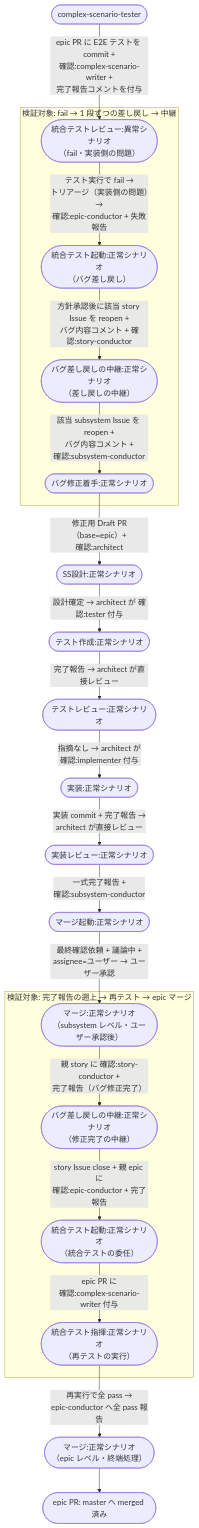
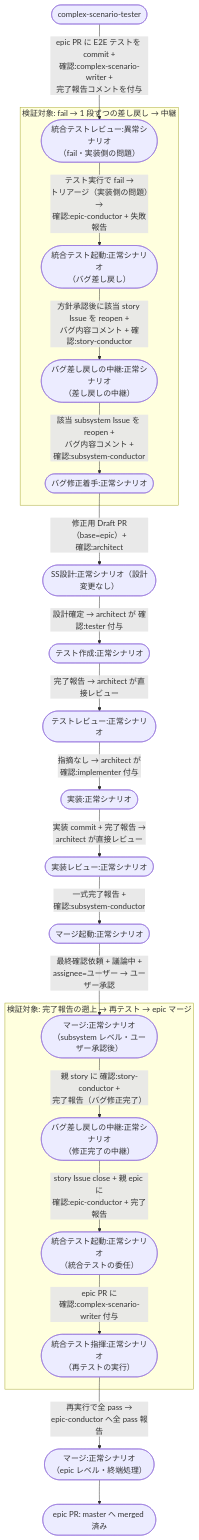
One commit to shuhei1101/ai-monitor changed the diagram in docs/wiki/設計図/シナリオ/複合ユースケース/epic統合テスト失敗からのバグ修正.md. Above: the diagram before and after it, drawn with Mermaid. The commit also changed 75 other files, not shown here.

````diff
--- a/docs/wiki/設計図/シナリオ/複合ユースケース/epic統合テスト失敗からのバグ修正.md
+++ b/docs/wiki/設計図/シナリオ/複合ユースケース/epic統合テスト失敗からのバグ修正.md
@@ -30,43 +30,43 @@
 ```mermaid
 flowchart TD
   A0([complex-scenario-tester]) -->|epic PR に E2E テストを commit +<br>確認:complex-scenario-writer +<br>完了報告コメントを付与| UC1
 
   subgraph FOCUS1["検証対象: fail → 1 段ずつの差し戻し → 中継"]
     UC1([統合テストレビュー:異常シナリオ<br>（fail・実装側の問題）]) -->|テスト実行で fail →<br>トリアージ（実装側の問題）→<br>確認:epic-conductor + 失敗報告| UC3([統合テスト起動:正常シナリオ<br>（バグ差し戻し）])
     UC3 -->|方針承認後に該当 story Issue を reopen +<br>バグ内容コメント + 確認:story-conductor| UC4([バグ差し戻しの中継:正常シナリオ<br>（差し戻しの中継）])
     UC4 -->|該当 subsystem Issue を reopen +<br>バグ内容コメント +<br>確認:subsystem-conductor| UC5([バグ修正着手:正常シナリオ])
   end
 
-  UC5 -->|修正用 Draft PR（base=epic）+<br>確認:architect| UC6([SS設計:正常シナリオ])
+  UC5 -->|修正用 Draft PR（base=epic）+<br>確認:architect| UC6([SS設計:正常シナリオ（設計変更なし）])
   UC6 -->|設計確定 → architect が 確認:tester 付与| UC7([テスト作成:正常シナリオ])
   UC7 -->|完了報告 → architect が直接レビュー| UC8([テストレビュー:正常シナリオ])
   UC8 -->|指摘なし → architect が<br>確認:implementer 付与| UC9([実装:正常シナリオ])
   UC9 -->|実装 commit + 完了報告 →<br>architect が直接レビュー| UC10([実装レビュー:正常シナリオ])
   UC10 -->|一式完了報告 +<br>確認:subsystem-conductor| UC11([マージ起動:正常シナリオ])
   UC11 -->|最終確認依頼 + 議論中 +<br>assignee=ユーザー → ユーザー承認| UC12([マージ:正常シナリオ<br>（subsystem レベル・ユーザー承認後）])
 
   subgraph FOCUS2["検証対象: 完了報告の遡上 → 再テスト → epic マージ"]
     UC12 -->|親 story に 確認:story-conductor +<br>完了報告（バグ修正完了）| UC13([バグ差し戻しの中継:正常シナリオ<br>（修正完了の中継）])
     UC13 -->|story Issue close + 親 epic に<br>確認:epic-conductor + 完了報告| UC14([統合テスト起動:正常シナリオ<br>（統合テストの委任）])
     UC14 -->|epic PR に<br>確認:complex-scenario-writer 付与| UC15([統合テスト指揮:正常シナリオ<br>（再テストの実行）])
   end
 
   UC15 -->|再実行で全 pass →<br>epic-conductor へ全 pass 報告| UC18([マージ:正常シナリオ<br>（epic レベル・終端処理）])
   UC18 --> DONE([epic PR: master へ merged 済み])
 
   click UC1 "../単一ユースケース/統合テストレビュー.md#異常シナリオfail実装側の問題"
   click UC3 "../単一ユースケース/統合テスト起動.md#正常シナリオバグ差し戻し"
   click UC4 "../単一ユースケース/バグ差し戻しの中継.md#正常シナリオ差し戻しの中継"
   click UC5 "../単一ユースケース/バグ修正着手.md#正常シナリオ"
-  click UC6 "../単一ユースケース/SS設計.md#正常シナリオ"
+  click UC6 "../単一ユースケース/SS設計.md#正常シナリオ設計変更なし"
   click UC7 "../単一ユースケース/テスト作成.md#正常シナリオ"
   click UC8 "../単一ユースケース/テストレビュー.md#正常シナリオ"
   click UC9 "../単一ユースケース/実装.md#正常シナリオ"
   click UC10 "../単一ユースケース/実装レビュー.md#正常シナリオ"
   click UC11 "../単一ユースケース/マージ起動.md#正常シナリオ"
   click UC12 "../単一ユースケース/マージ.md#正常シナリオsubsystem-レベルユーザー承認後"
   click UC13 "../単一ユースケース/バグ差し戻しの中継.md#正常シナリオ修正完了の中継"
   click UC14 "../単一ユースケース/統合テスト起動.md#正常シナリオ統合テストの委任"
   click UC15 "../単一ユースケース/統合テスト指揮.md#正常シナリオ再テストの実行"
   click UC18 "../単一ユースケース/マージ.md#正常シナリオepic-レベル終端処理"
 ```
````
